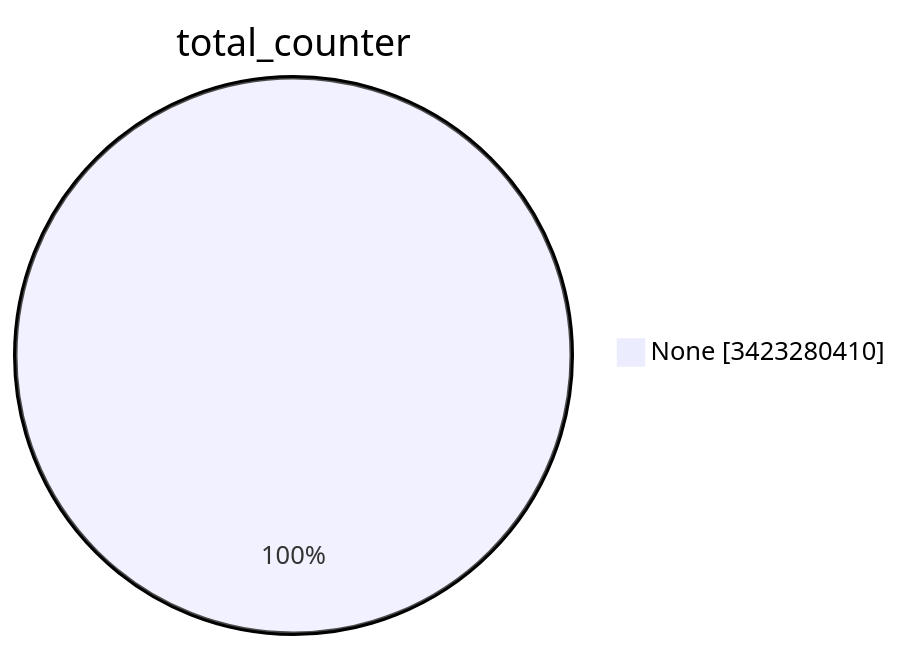
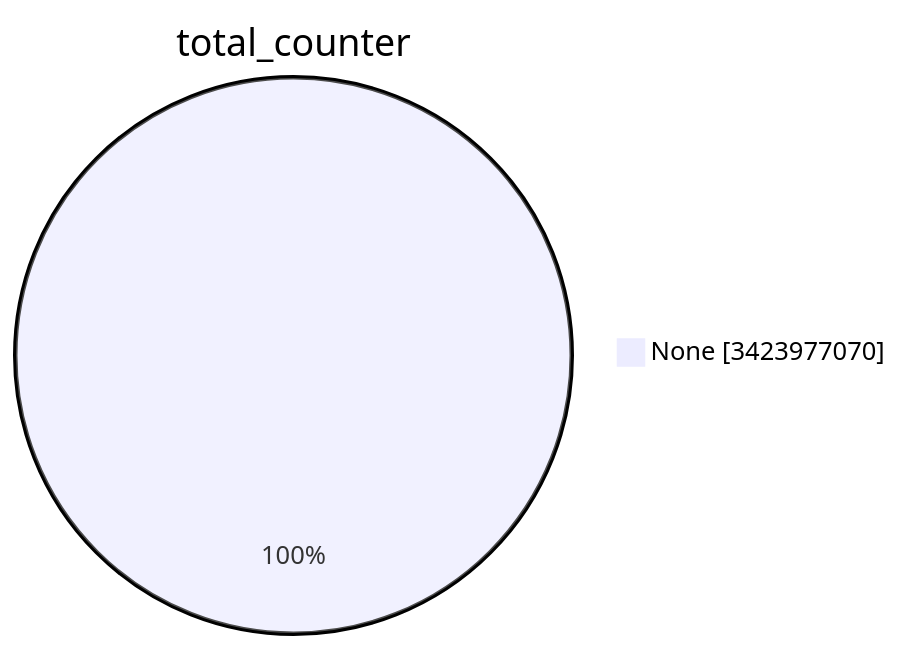
One commit to christiankrug/ctmonitor_visualization changed the first of 15 diagrams in TOTAL/README.md. Above: the diagram before and after it, drawn with Mermaid. The commit also changed other lines of this file, not shown here.

````diff
--- a/TOTAL/README.md
+++ b/TOTAL/README.md
@@ -1,5 +1,5 @@
 ```mermaid
 pie showData
 title total_counter
-"None" :3423280410
+"None" :3423977070
 ```
````
